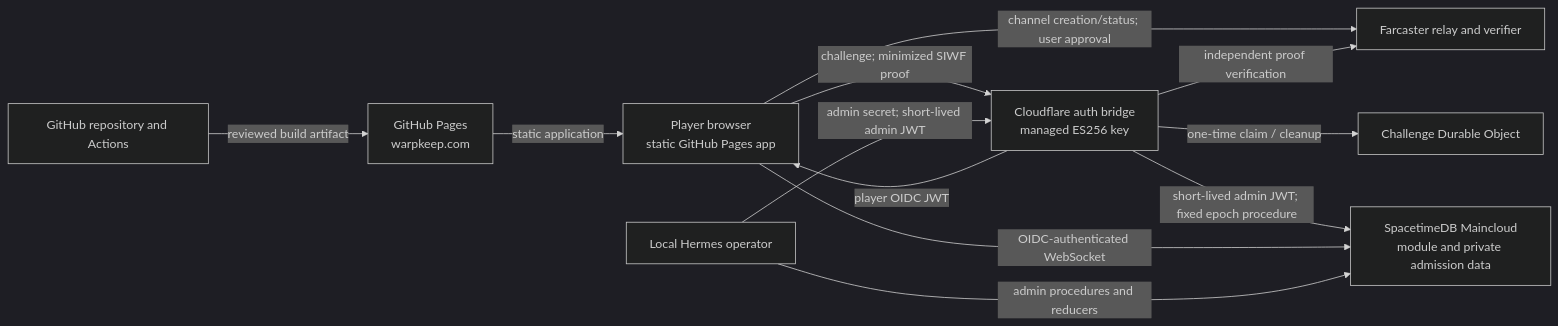
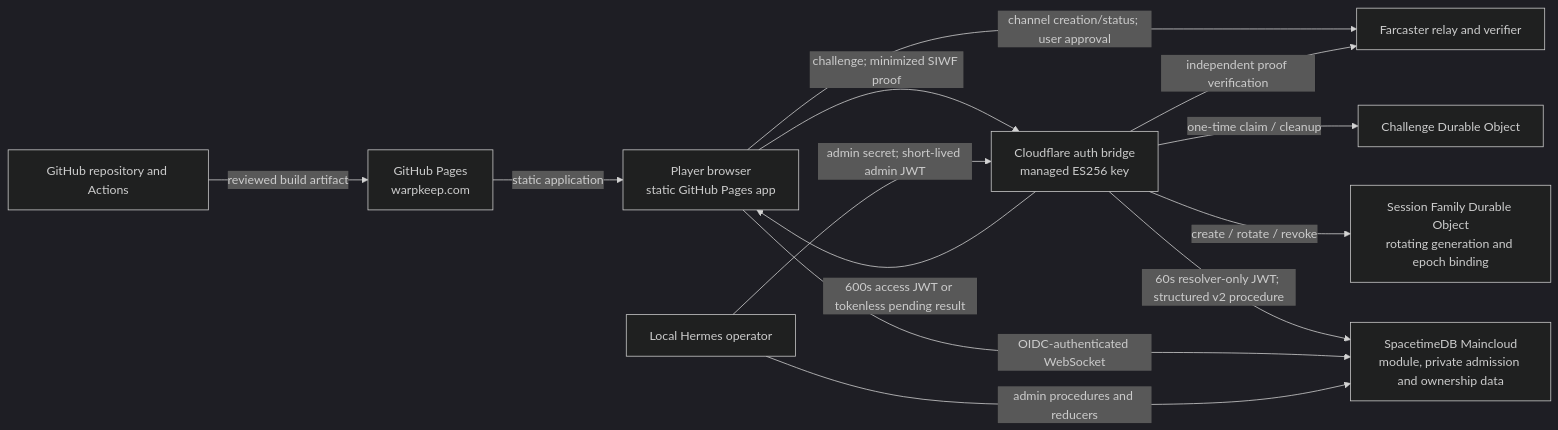
Before and after one commit to ael-dev3/Warpkeep: the diagram in docs/security/threat-model.md, drawn with Mermaid (dark theme). The commit also changed other lines of this file and 79 other files, not shown here.

````diff
--- a/docs/security/threat-model.md
+++ b/docs/security/threat-model.md
@@ -25,23 +45,25 @@
 ```mermaid
 flowchart LR
   Browser["Player browser\nstatic GitHub Pages app"]
   Farcaster["Farcaster relay and verifier"]
   Bridge["Cloudflare auth bridge\nmanaged ES256 key"]
   Guard["Challenge Durable Object"]
-  STDB["SpacetimeDB Maincloud\nmodule and private admission data"]
+  Family["Session Family Durable Object\nrotating generation and epoch binding"]
+  STDB["SpacetimeDB Maincloud\nmodule, private admission and ownership data"]
   Hermes["Local Hermes operator"]
   GitHub["GitHub repository and Actions"]
   Pages["GitHub Pages\nwarpkeep.com"]
 
   Browser -->|"channel creation/status; user approval"| Farcaster
   Browser -->|"challenge; minimized SIWF proof"| Bridge
   Bridge -->|"one-time claim / cleanup"| Guard
+  Bridge -->|"create / rotate / revoke"| Family
   Bridge -->|"independent proof verification"| Farcaster
-  Bridge -->|"short-lived admin JWT; fixed epoch procedure"| STDB
-  Bridge -->|"player OIDC JWT"| Browser
+  Bridge -->|"60s resolver-only JWT; structured v2 procedure"| STDB
+  Bridge -->|"600s access JWT or tokenless pending result"| Browser
   Browser -->|"OIDC-authenticated WebSocket"| STDB
   Hermes -->|"admin secret; short-lived admin JWT"| Bridge
   Hermes -->|"admin procedures and reducers"| STDB
   GitHub -->|"reviewed build artifact"| Pages
   Pages -->|"static application"| Browser
 ```
````
